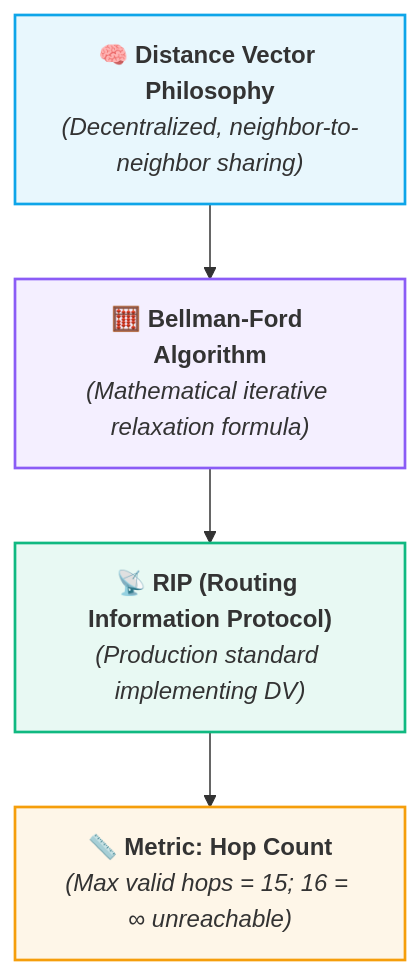
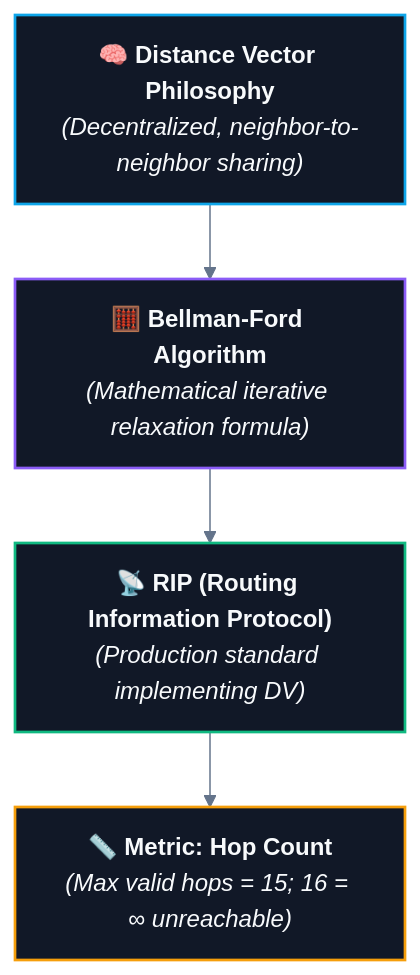
Before and after one commit to abhinavbharti2345/CS_Notes: the second of 2 diagrams in CS/Computer Networking/04. Routing & Network Layer/02. Distance Vector Routing and RIP.md, drawn with Mermaid. The commit also changed other lines of this file and 195 other files, not shown here.

````diff
--- a/CS/Computer Networking/04. Routing & Network Layer/02. Distance Vector Routing and RIP.md
+++ b/CS/Computer Networking/04. Routing & Network Layer/02. Distance Vector Routing and RIP.md
@@ -165,19 +166,20 @@
 ```mermaid
+%%{init: {'theme': 'base', 'themeVariables': { 'darkMode': true, 'background': '#0B0F14', 'mainBkg': '#111827', 'primaryColor': '#111827', 'primaryTextColor': '#F8FAFC', 'primaryBorderColor': '#38BDF8', 'lineColor': '#64748B', 'secondaryColor': '#0B0F14', 'tertiaryColor': '#0B0F14', 'clusterBkg': '#0B0F14', 'clusterBorder': '#38BDF8' }}}%%
 flowchart TD
     Concept["🧠 <b>Distance Vector Philosophy</b><br><i>(Decentralized, neighbor-to-neighbor sharing)</i>"]
     Algo["🧮 <b>Bellman-Ford Algorithm</b><br><i>(Mathematical iterative relaxation formula)</i>"]
     Protocol["📡 <b>RIP (Routing Information Protocol)</b><br><i>(Production standard implementing DV)</i>"]
     Metric["📏 <b>Metric: Hop Count</b><br><i>(Max valid hops = 15; 16 = ∞ unreachable)</i>"]
 
     Concept --> Algo --> Protocol --> Metric
 
-    classDef c1 fill:#0ea5e918,stroke:#0ea5e9,stroke-width:1.8px;
-    classDef c2 fill:#8b5cf618,stroke:#8b5cf6,stroke-width:1.8px;
-    classDef c3 fill:#10b98118,stroke:#10b981,stroke-width:1.8px;
-    classDef c4 fill:#f59e0b18,stroke:#f59e0b,stroke-width:1.8px;
+    classDef c1 fill:#111827,stroke:#0ea5e9,stroke-width:1.8px,color:#F8FAFC;
+    classDef c2 fill:#111827,stroke:#8b5cf6,stroke-width:1.8px,color:#F8FAFC;
+    classDef c3 fill:#111827,stroke:#10b981,stroke-width:1.8px,color:#F8FAFC;
+    classDef c4 fill:#111827,stroke:#f59e0b,stroke-width:1.8px,color:#F8FAFC;
 
     class Concept c1;
     class Algo c2;
     class Protocol c3;
     class Metric c4;
 ```
````
